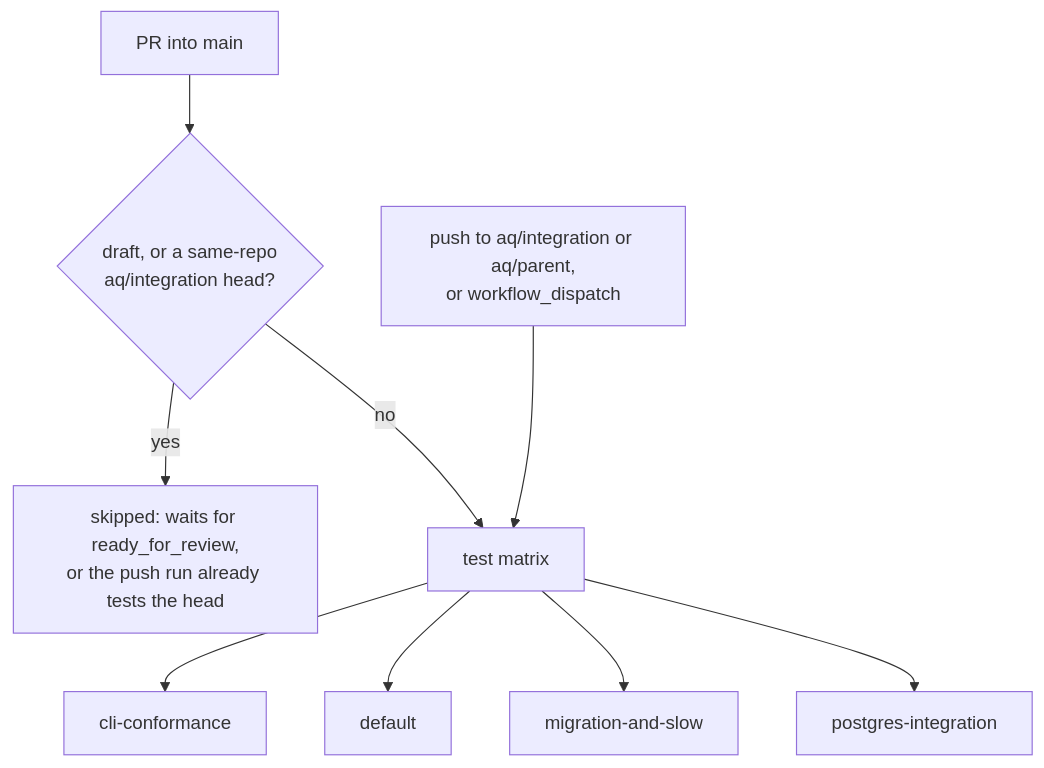
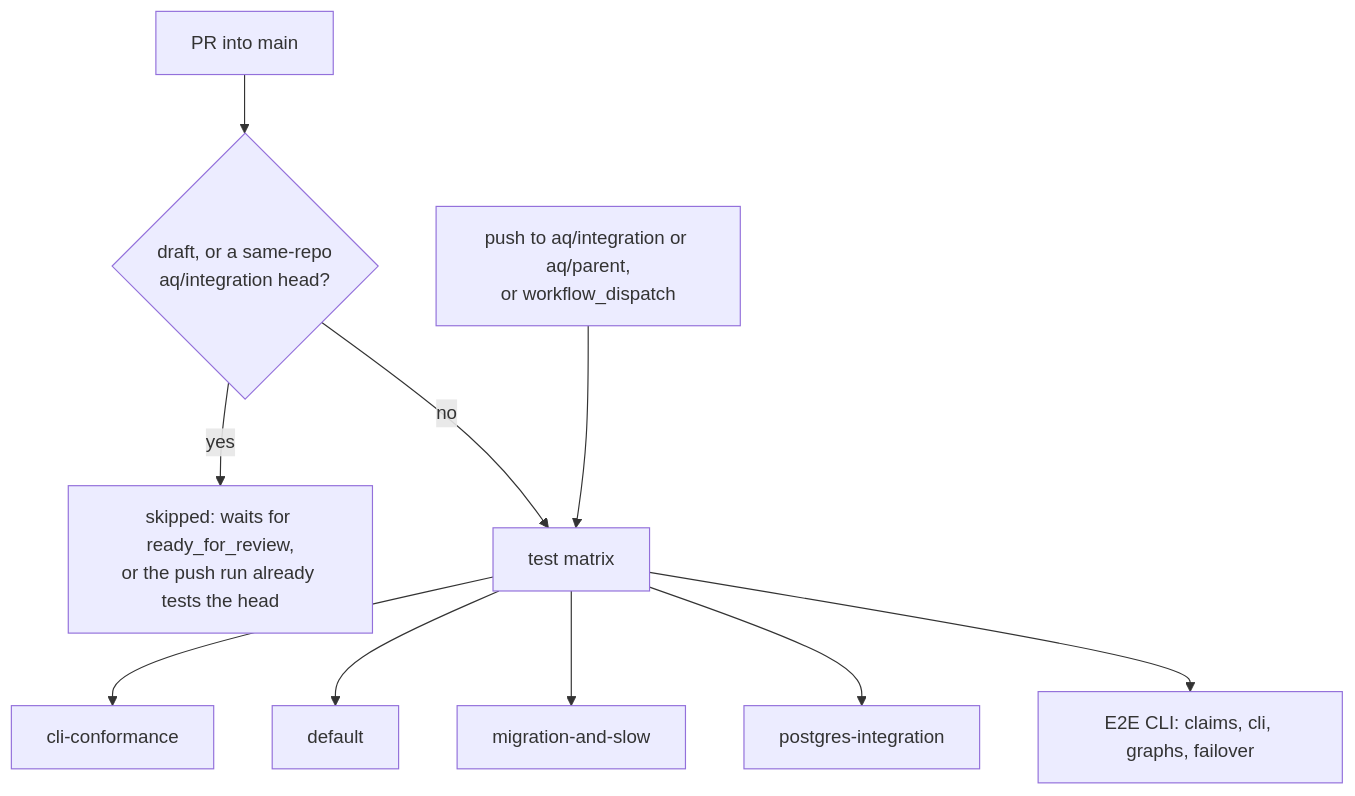
Before and after one commit to ElectricJack/agent-queue: the diagram in docs/contributing/ci.md, drawn with Mermaid. The commit also changed other lines of this file and 5 other files, not shown here.

````diff
--- a/docs/contributing/ci.md
+++ b/docs/contributing/ci.md
@@ -49,11 +49,12 @@
 ```mermaid
 flowchart TD
     A[PR into main] --> S{draft, or a same-repo<br/>aq/integration head?}
     S -->|yes| D[skipped: waits for ready_for_review,<br/>or the push run already tests the head]
     S -->|no| C[test matrix]
     B[push to aq/integration or aq/parent,<br/>or workflow_dispatch] --> C
     C --> E[cli-conformance]
     C --> F[default]
     C --> G[migration-and-slow]
     C --> H[postgres-integration]
+    C --> I[E2E CLI: claims, cli, graphs, failover]
 ```
````
